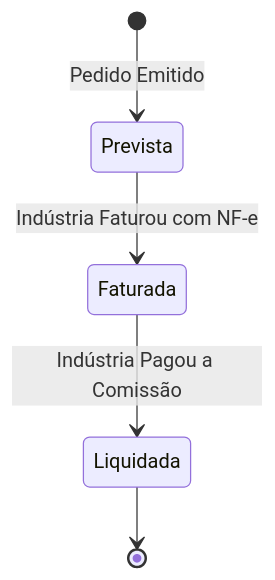
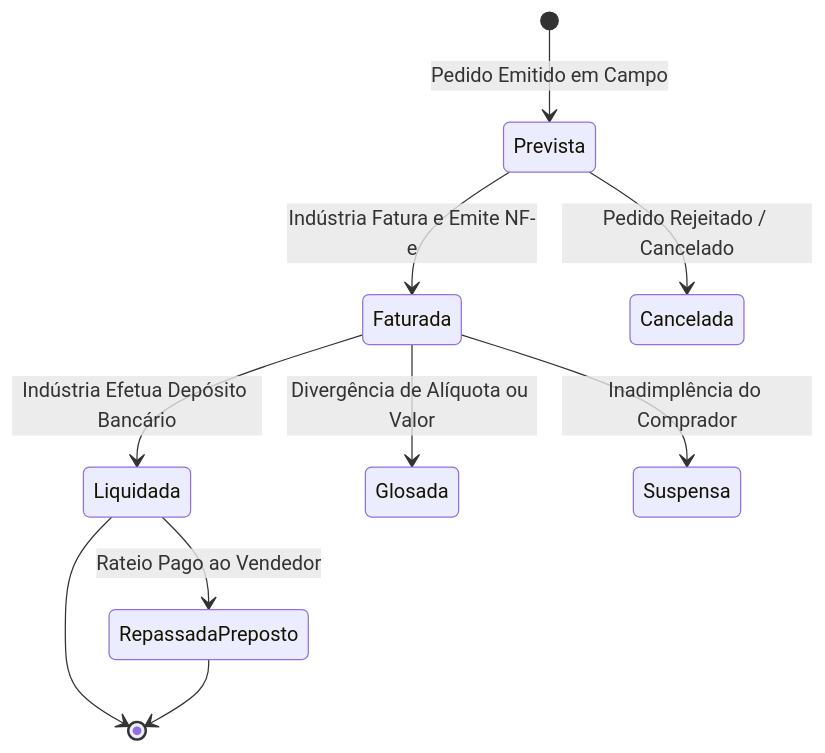
The diagram in docs/wiki/06-Modulo-de-Comissoes-e-Financeiro.md (fabiooliveir/crm-rc), drawn with Mermaid before and after one commit. The commit also changed other lines of this file and 3 other files, not shown here.

````diff
--- a/docs/wiki/06-Modulo-de-Comissoes-e-Financeiro.md
+++ b/docs/wiki/06-Modulo-de-Comissoes-e-Financeiro.md
@@ -7,7 +11,12 @@
 ```mermaid
 stateDiagram-v2
-    [*] --> Prevista: Pedido Emitido
-    Prevista --> Faturada: Indústria Faturou com NF-e
-    Faturada --> Liquidada: Indústria Pagou a Comissão
+    [*] --> Prevista: Pedido Emitido em Campo
+    Prevista --> Faturada: Indústria Fatura e Emite NF-e
+    Prevista --> Cancelada: Pedido Rejeitado / Cancelado
+    Faturada --> Liquidada: Indústria Efetua Depósito Bancário
+    Faturada --> Glosada: Divergência de Alíquota ou Valor
+    Faturada --> Suspensa: Inadimplência do Comprador
+    Liquidada --> RepassadaPreposto: Rateio Pago ao Vendedor
     Liquidada --> [*]
+    RepassadaPreposto --> [*]
 ```
````
